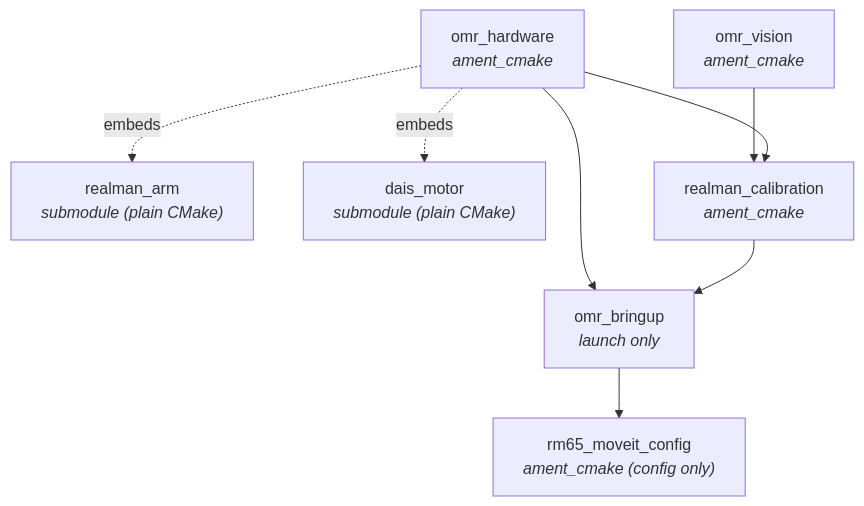
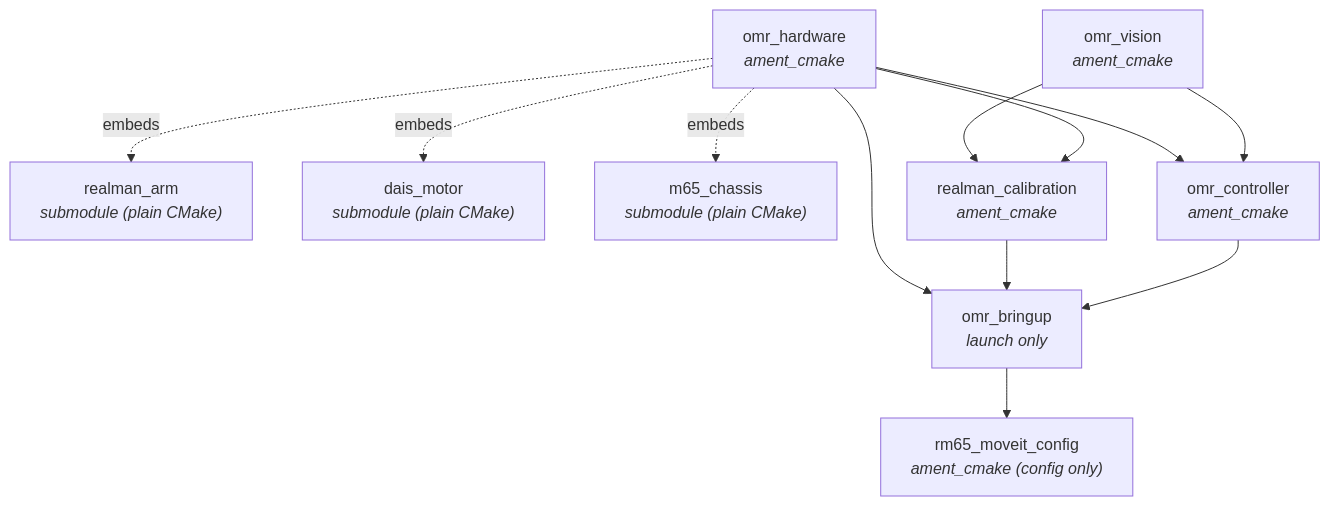
Before and after one commit to sunyuming53-byte/the_first_box: the second of 4 diagrams in README.md, drawn with Mermaid. The commit also changed other lines of this file and 1 other file, not shown here.

First line of the commit message:
docs: update AGENTS.md and README for m65, gimbal, and omr_controller changes

````diff
--- a/README.md
+++ b/README.md
@@ -319,17 +354,23 @@
 ```mermaid
 graph TD
     vision["omr_vision<br/><i>ament_cmake</i>"]
     hw["omr_hardware<br/><i>ament_cmake</i>"]
     arm["realman_arm<br/><i>submodule (plain CMake)</i>"]
     motor["dais_motor<br/><i>submodule (plain CMake)</i>"]
+    m65["m65_chassis<br/><i>submodule (plain CMake)</i>"]
     calib["realman_calibration<br/><i>ament_cmake</i>"]
+    ctrl["omr_controller<br/><i>ament_cmake</i>"]
     bringup["omr_bringup<br/><i>launch only</i>"]
 
     vision --> calib
     hw -.->|embeds| arm
     hw -.->|embeds| motor
+    hw -.->|embeds| m65
     hw --> calib
+    hw --> ctrl
+    vision --> ctrl
     hw --> bringup
     calib --> bringup
+    ctrl --> bringup
     bringup --> moveit["rm65_moveit_config<br/><i>ament_cmake (config only)</i>"]
 ```
````
